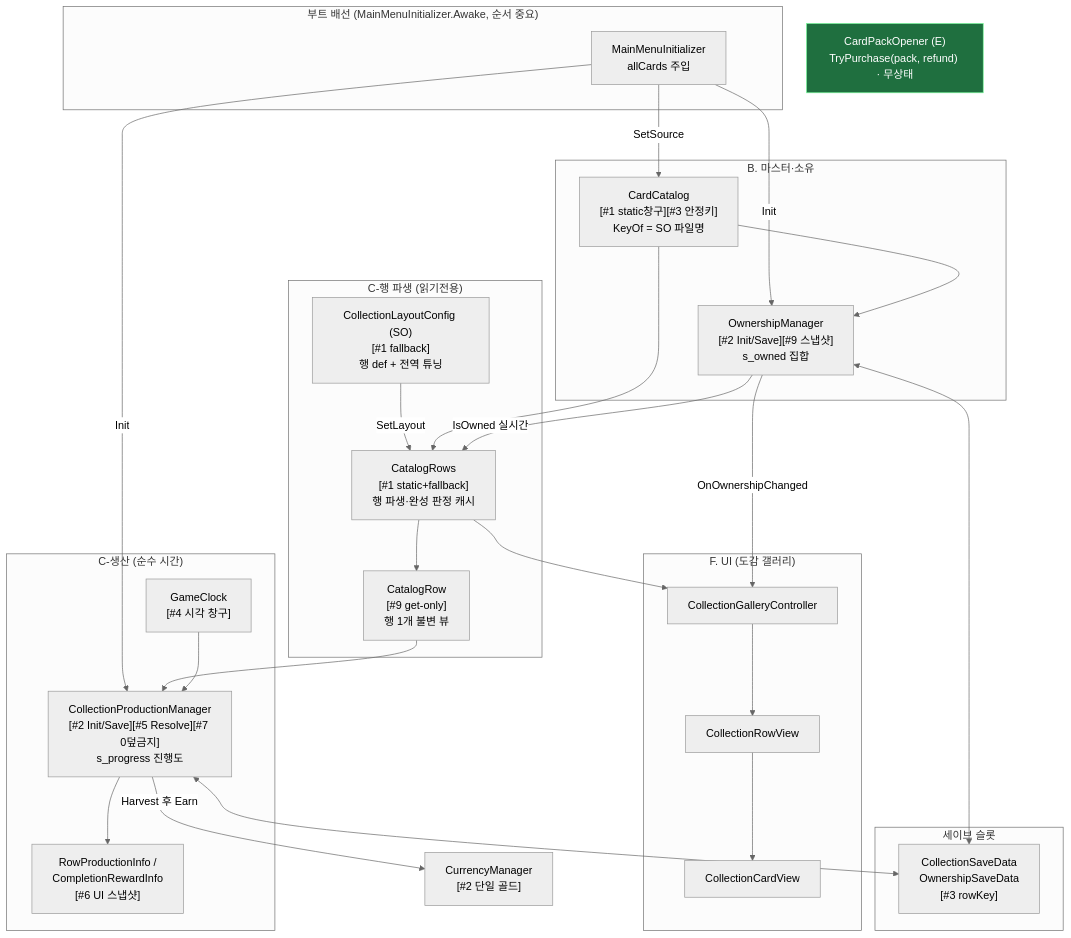
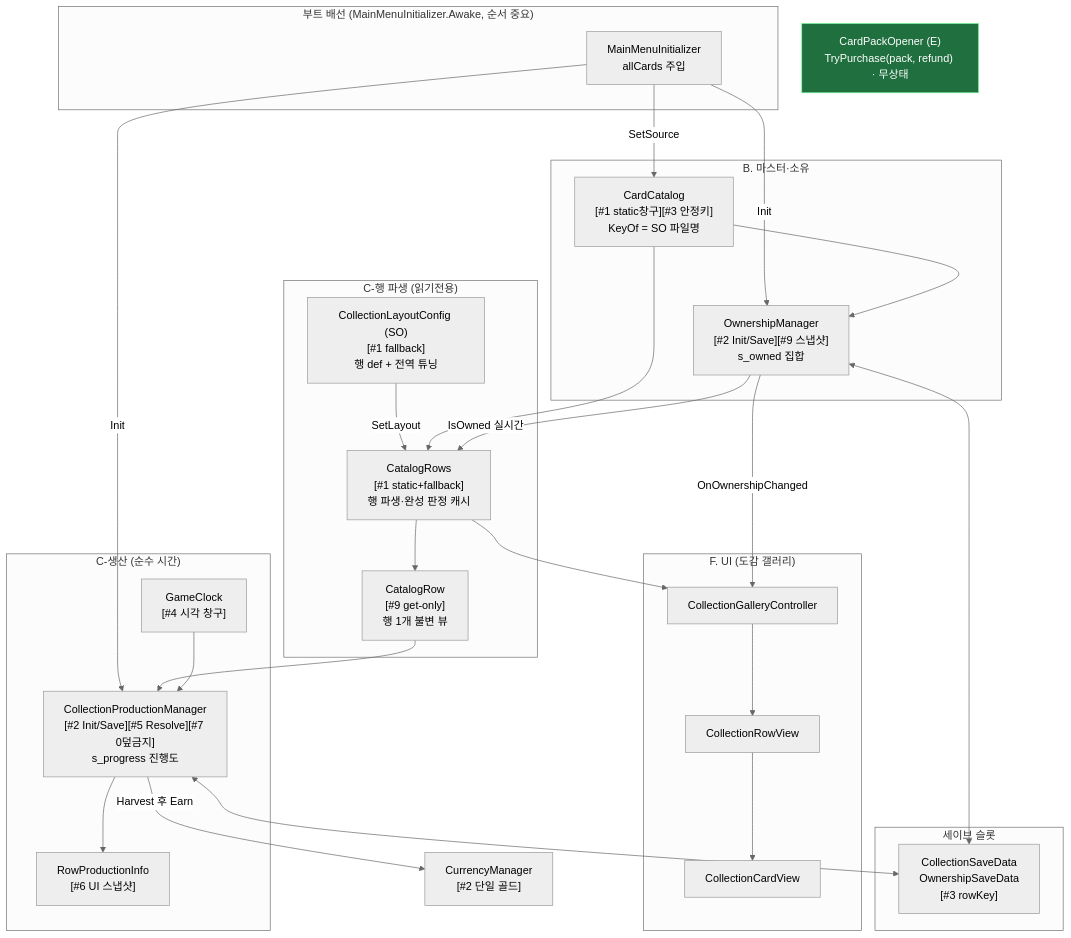
One commit to hspark-maker/TeamfightTCG_Migriation changed the second of 18 diagrams in docs/OutGamePlan/STRUCTURE.md. Above: the diagram before and after it, drawn with Mermaid (neutral theme). The commit also changed other lines of this file and 32 other files, not shown here.

````diff
--- a/docs/OutGamePlan/STRUCTURE.md
+++ b/docs/OutGamePlan/STRUCTURE.md
@@ -90,55 +92,55 @@
 ```mermaid
 flowchart TD
     subgraph boot["부트 배선 (MainMenuInitializer.Awake, 순서 중요)"]
         INIT["MainMenuInitializer<br/>allCards 주입"]
     end
 
     subgraph master["B. 마스터·소유"]
         CAT["CardCatalog<br/>[#1 static창구][#3 안정키]<br/>KeyOf = SO 파일명"]
         OWN["OwnershipManager<br/>[#2 Init/Save][#9 스냅샷]<br/>s_owned 집합"]
     end
 
     subgraph derive["C-행 파생 (읽기전용)"]
         CFG["CollectionLayoutConfig (SO)<br/>[#1 fallback]<br/>행 def + 전역 튜닝"]
         ROWS["CatalogRows<br/>[#1 static+fallback]<br/>행 파생·완성 판정 캐시"]
         ROW["CatalogRow<br/>[#9 get-only]<br/>행 1개 불변 뷰"]
     end
 
     subgraph prod["C-생산 (순수 시간)"]
         CLOCK["GameClock<br/>[#4 시각 창구]"]
         PROD["CollectionProductionManager<br/>[#2 Init/Save][#5 Resolve][#7 0덮금지]<br/>s_progress 진행도"]
-        INFO["RowProductionInfo /<br/>CompletionRewardInfo<br/>[#6 UI 스냅샷]"]
+        INFO["RowProductionInfo<br/>[#6 UI 스냅샷]"]
     end
 
     subgraph save["세이브 슬롯"]
         SD["CollectionSaveData<br/>OwnershipSaveData<br/>[#3 rowKey]"]
     end
 
     CUR["CurrencyManager<br/>[#2 단일 골드]"]
     OPENER["CardPackOpener (E)<br/>TryPurchase(pack, refund) · 무상태"]:::new
 
     subgraph ui["F. UI (도감 갤러리)"]
         GAL["CollectionGalleryController"]
         RV["CollectionRowView"]
         CV["CollectionCardView"]
     end
 
     INIT -->|SetSource| CAT
     INIT -->|Init| OWN
     INIT -->|Init| PROD
     CAT --> OWN
     CFG -->|SetLayout| ROWS
     CAT --> ROWS
     ROWS --> ROW
     OWN -->|IsOwned 실시간| ROWS
     ROW --> PROD
     CLOCK --> PROD
     PROD -->|"Harvest 후 Earn"| CUR
     OWN <--> SD
     PROD <--> SD
     PROD --> INFO
     ROWS --> GAL
     GAL --> RV --> CV
     OWN -->|OnOwnershipChanged| GAL
     classDef new fill:#1f6f3f,stroke:#7CFC9E,color:#fff;
 ```
````
